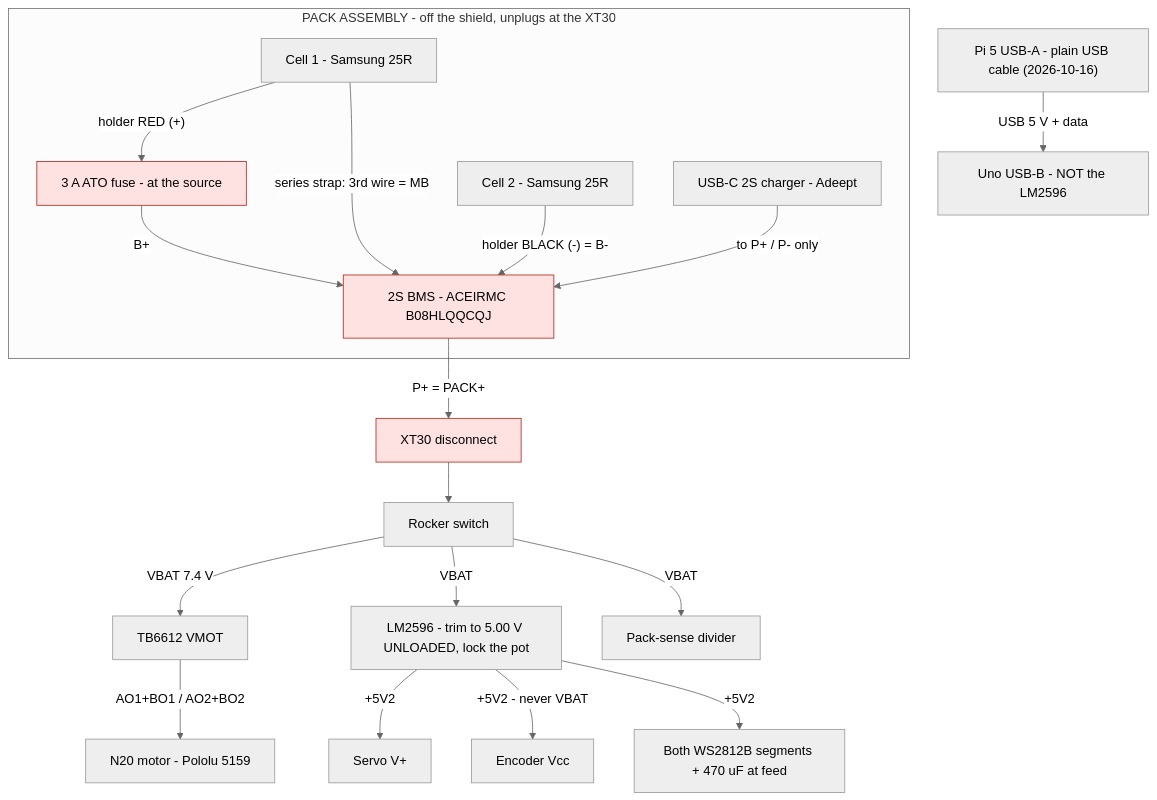
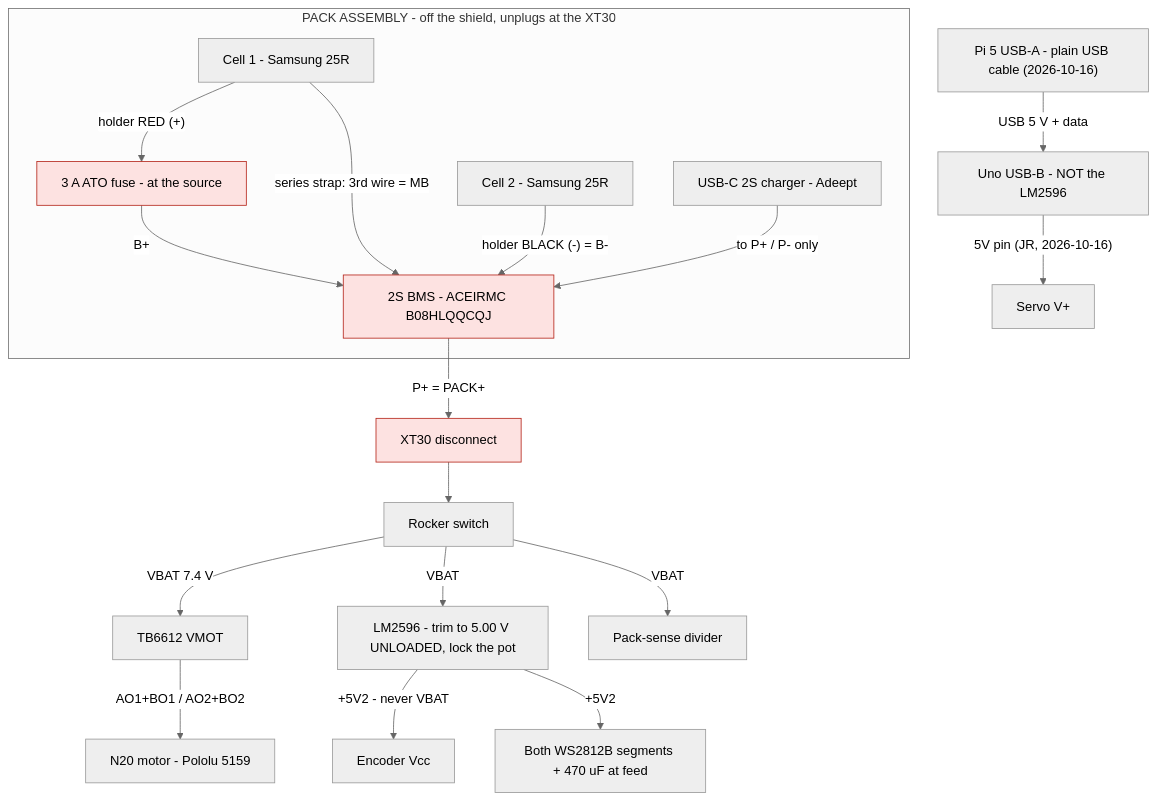
The first of 3 diagrams in docs/WIRING_PROTOSHIELD.md (Evan-Daruwalla/vision-autonomous-car), drawn with Mermaid (neutral theme) before and after one commit. The commit also changed other lines of this file and 4 other files, not shown here.

Commit message:
Step 1b PASSED from the Pi (host_test all ok, uno_control 86/86); servo-supply test data; servo on the Uno 5V (Evan) with +5V2 jumper fallback (records JM-JR)

````diff
--- a/docs/WIRING_PROTOSHIELD.md
+++ b/docs/WIRING_PROTOSHIELD.md
@@ -78,26 +78,26 @@
 ```mermaid
 flowchart TB
   subgraph PACK["PACK ASSEMBLY - off the shield, unplugs at the XT30"]
     C1["Cell 1 - Samsung 25R"]
     C2["Cell 2 - Samsung 25R"]
     FUSE["3 A ATO fuse - at the source"]
     BMS["2S BMS - ACEIRMC B08HLQQCQJ"]
     CHG["USB-C 2S charger - Adeept"]
     C1 -- "holder RED (+)" --> FUSE -- "B+" --> BMS
     C1 -- "series strap: 3rd wire = MB" --> BMS
     C2 -- "holder BLACK (-) = B-" --> BMS
     CHG -- "to P+ / P- only" --> BMS
   end
   BMS -- "P+ = PACK+" --> XT30["XT30 disconnect"]
   XT30 --> SW["Rocker switch"]
   SW -- "VBAT 7.4 V" --> TB["TB6612 VMOT"]
   TB -- "AO1+BO1 / AO2+BO2" --> MOT["N20 motor - Pololu 5159"]
   SW -- "VBAT" --> BUCK["LM2596 - trim to 5.00 V UNLOADED, lock the pot"]
   SW -- "VBAT" --> DIV["Pack-sense divider"]
   PI["Pi 5 USB-A - plain USB cable (2026-10-16)"] -- "USB 5 V + data" --> UNO["Uno USB-B - NOT the LM2596"]
-  BUCK -- "+5V2" --> SERVO["Servo V+"]
+  UNO -- "5V pin (JR, 2026-10-16)" --> SERVO["Servo V+"]
   BUCK -- "+5V2 - never VBAT" --> ENC["Encoder Vcc"]
   BUCK -- "+5V2" --> STRIPS["Both WS2812B segments + 470 uF at feed"]
   classDef safety fill:#fde2e1,stroke:#b42318,color:#000
   class FUSE,BMS,XT30 safety
 ```
````
